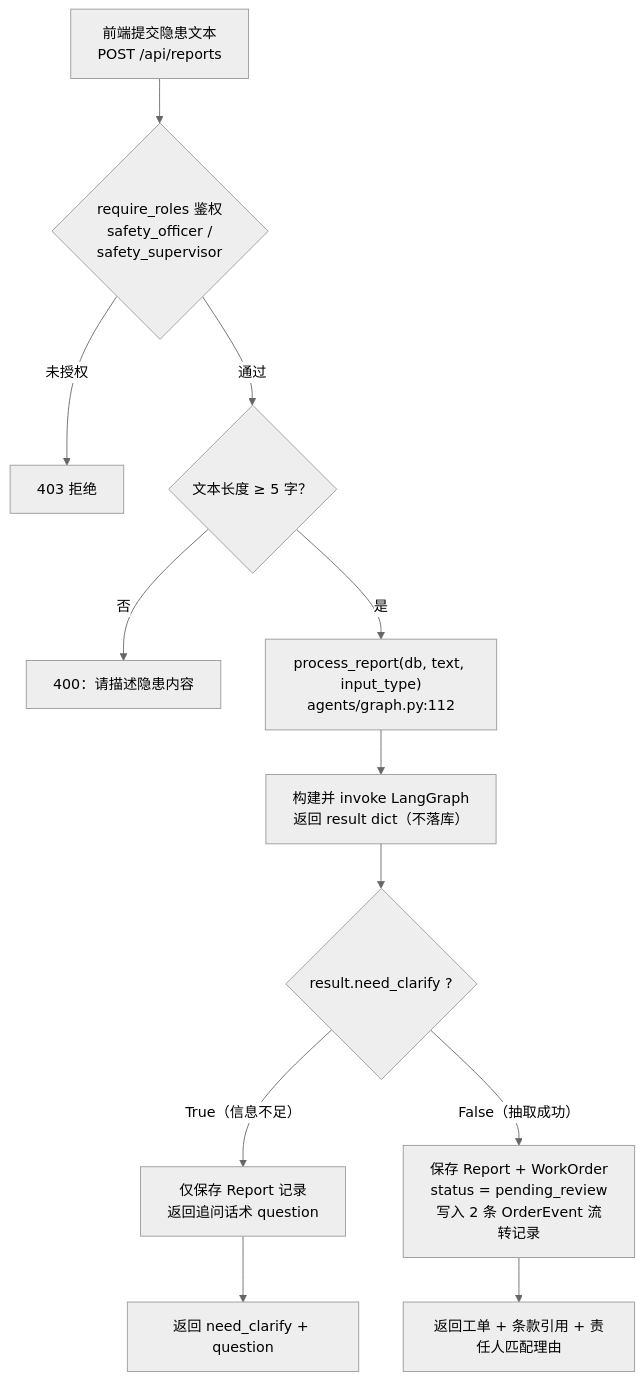
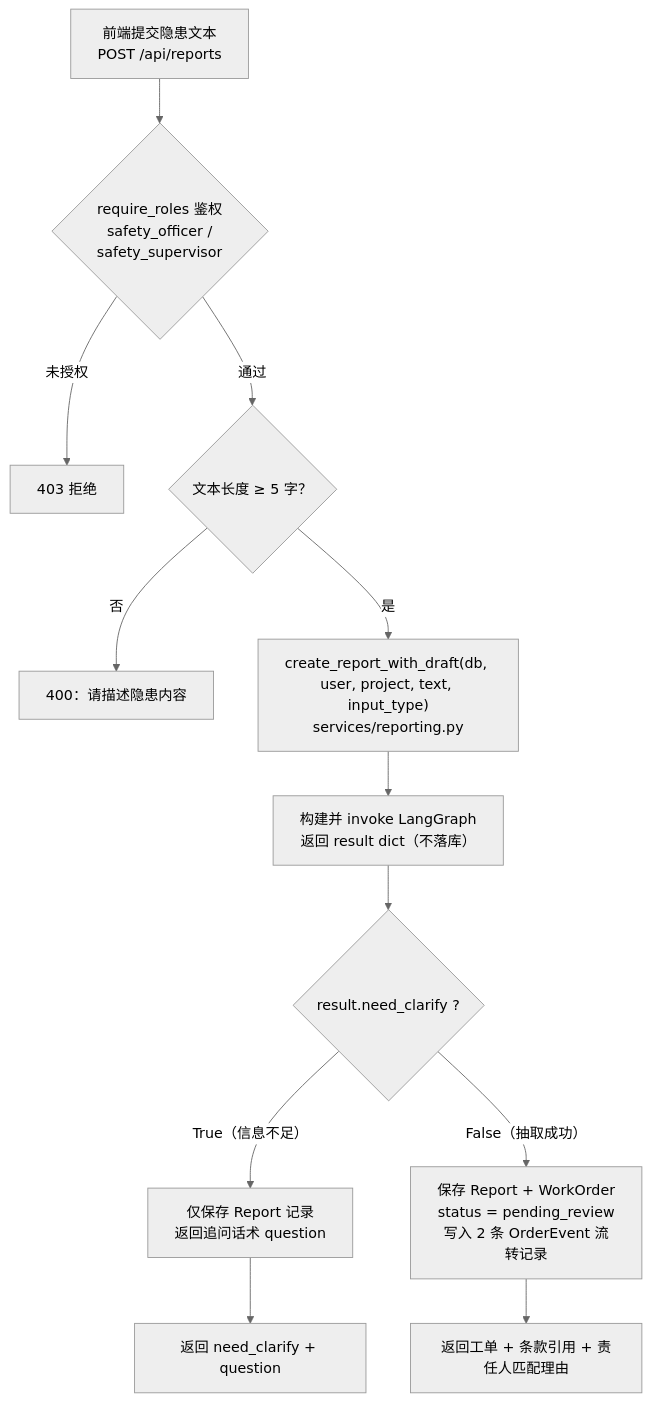
The first of 8 diagrams in docs/隐患上报Agent主链路说明.md (pandaadsas/zhuan-cloud), drawn with Mermaid (neutral theme) before and after one commit. The commit also changed other lines of this file and 5 other files, not shown here.

````diff
--- a/docs/隐患上报Agent主链路说明.md
+++ b/docs/隐患上报Agent主链路说明.md
@@ -29,14 +29,14 @@
 ```mermaid
 flowchart TD
     A["前端提交隐患文本<br/>POST /api/reports"] --> B{"require_roles 鉴权<br/>safety_officer /<br/>safety_supervisor"}
     B -- 未授权 --> C["403 拒绝"]
     B -- 通过 --> D{"文本长度 ≥ 5 字？"}
     D -- 否 --> E["400：请描述隐患内容"]
-    D -- 是 --> F["process_report(db, text, input_type)<br/>agents/graph.py:112"]
+    D -- 是 --> F["create_report_with_draft(db, user, project, text, input_type)<br/>services/reporting.py"]
     F --> G["构建并 invoke LangGraph<br/>返回 result dict（不落库）"]
     G --> H{"result.need_clarify ?"}
     H -- "True（信息不足）" --> I["仅保存 Report 记录<br/>返回追问话术 question"]
     H -- "False（抽取成功）" --> J["保存 Report + WorkOrder<br/>status = pending_review<br/>写入 2 条 OrderEvent 流转记录"]
     I --> K["返回 need_clarify + question"]
     J --> L["返回工单 + 条款引用 + 责任人匹配理由"]
 ```
````
